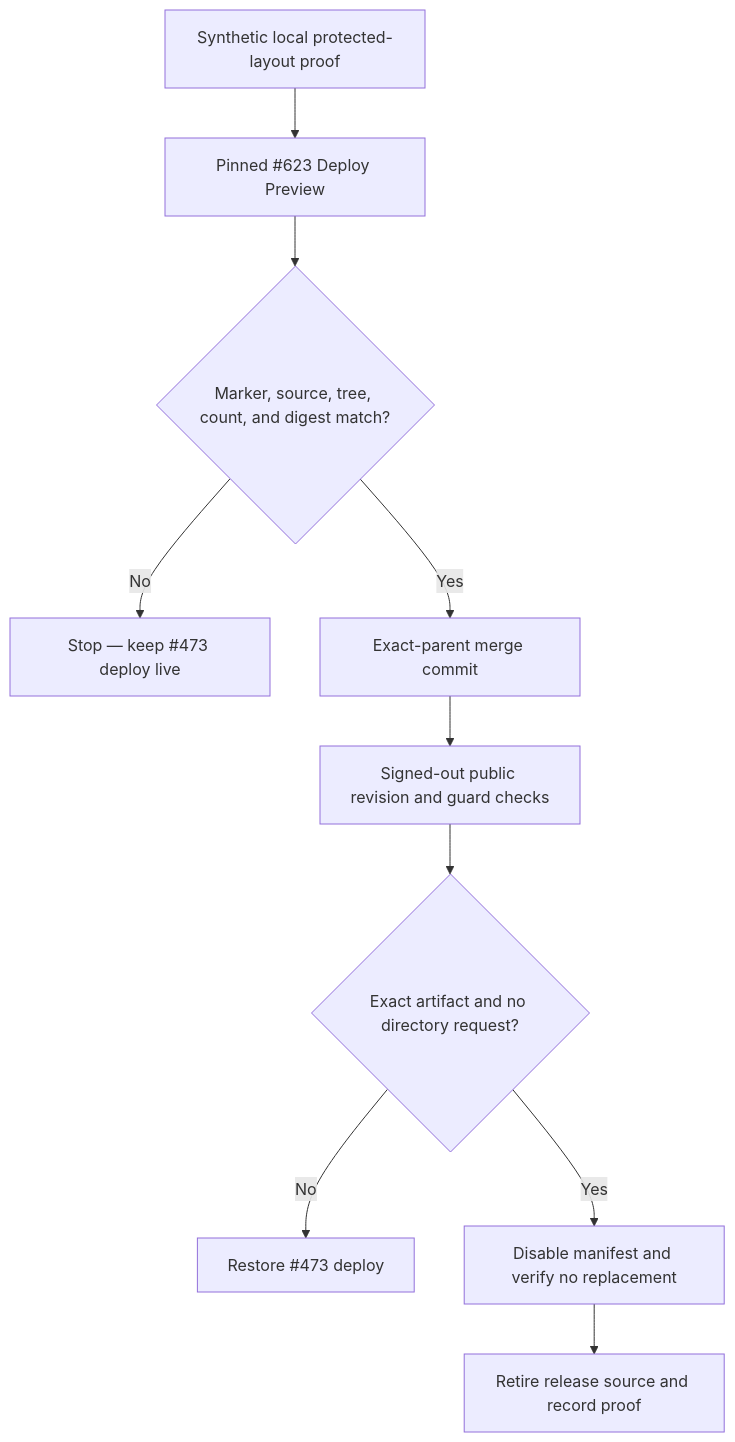
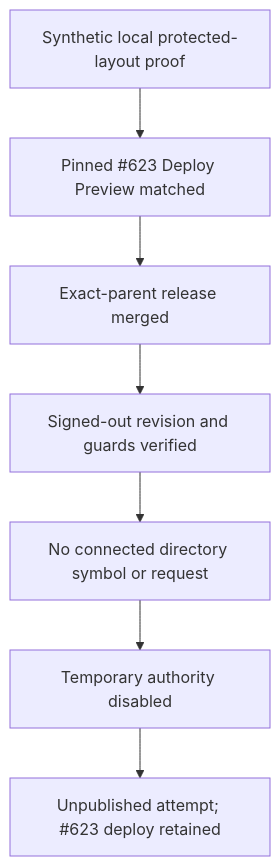
One commit to Run-MPRC/Run-MPRC.github.io changed the fourth of 6 diagrams in docs/officers/PUBLISH_AND_CHECK.md. Above: the diagram before and after it, drawn with Mermaid. The commit also changed other lines of this file and 12 other files, not shown here.

Commit message:
docs: record bounded member directory release truth

````diff
--- a/docs/officers/PUBLISH_AND_CHECK.md
+++ b/docs/officers/PUBLISH_AND_CHECK.md
@@ -174,12 +174,9 @@
 ```mermaid
 flowchart TD
-    Synthetic["Synthetic local protected-layout proof"] --> Preview["Pinned #623 Deploy Preview"]
-    Preview --> Match{"Marker, source, tree, count, and digest match?"}
-    Match -- "No" --> Keep["Stop — keep #473 deploy live"]
-    Match -- "Yes" --> Merge["Exact-parent merge commit"]
-    Merge --> Public["Signed-out public revision and guard checks"]
-    Public --> Good{"Exact artifact and no directory request?"}
-    Good -- "No" --> Rollback["Restore #473 deploy"]
-    Good -- "Yes" --> Repause["Disable manifest and verify no replacement"]
-    Repause --> Retire["Retire release source and record proof"]
+    Synthetic["Synthetic local protected-layout proof"] --> Preview["Pinned #623 Deploy Preview matched"]
+    Preview --> Merge["Exact-parent release merged"]
+    Merge --> Public["Signed-out revision and guards verified"]
+    Public --> NoRequest["No connected directory symbol or request"]
+    NoRequest --> Repause["Temporary authority disabled"]
+    Repause --> Verify["Unpublished attempt; #623 deploy retained"]
 ```
````
